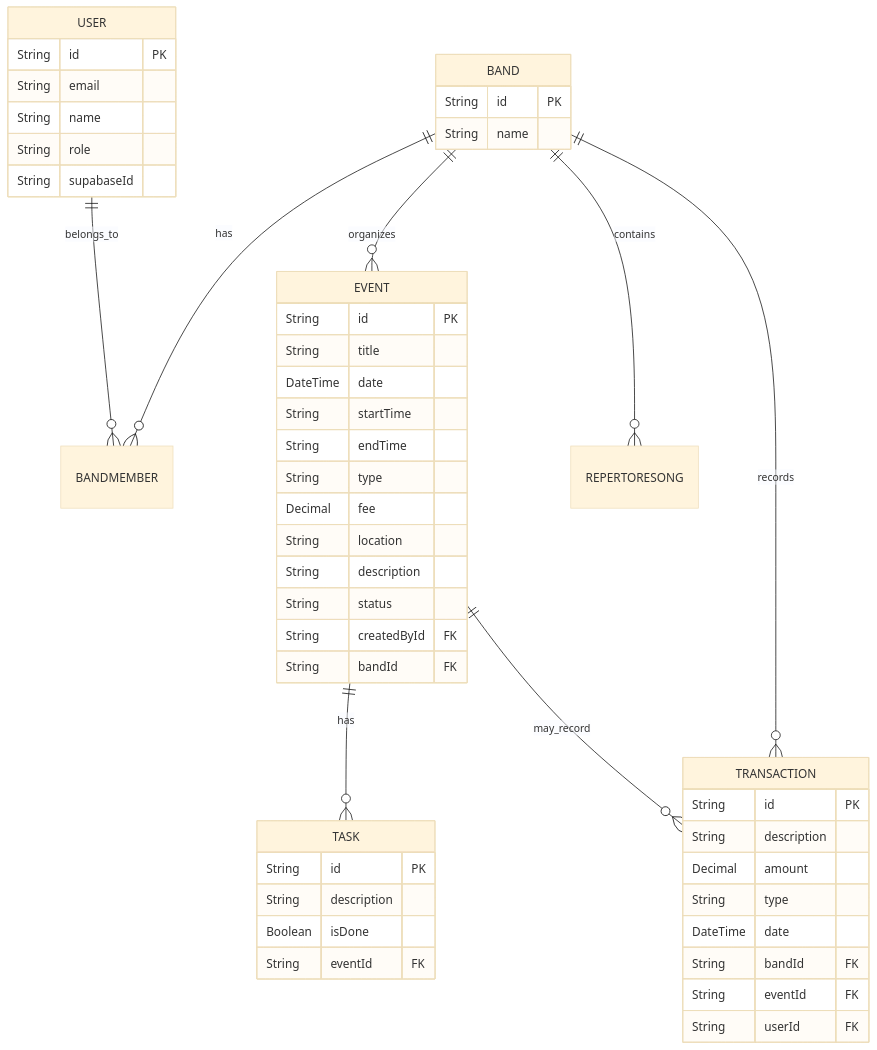
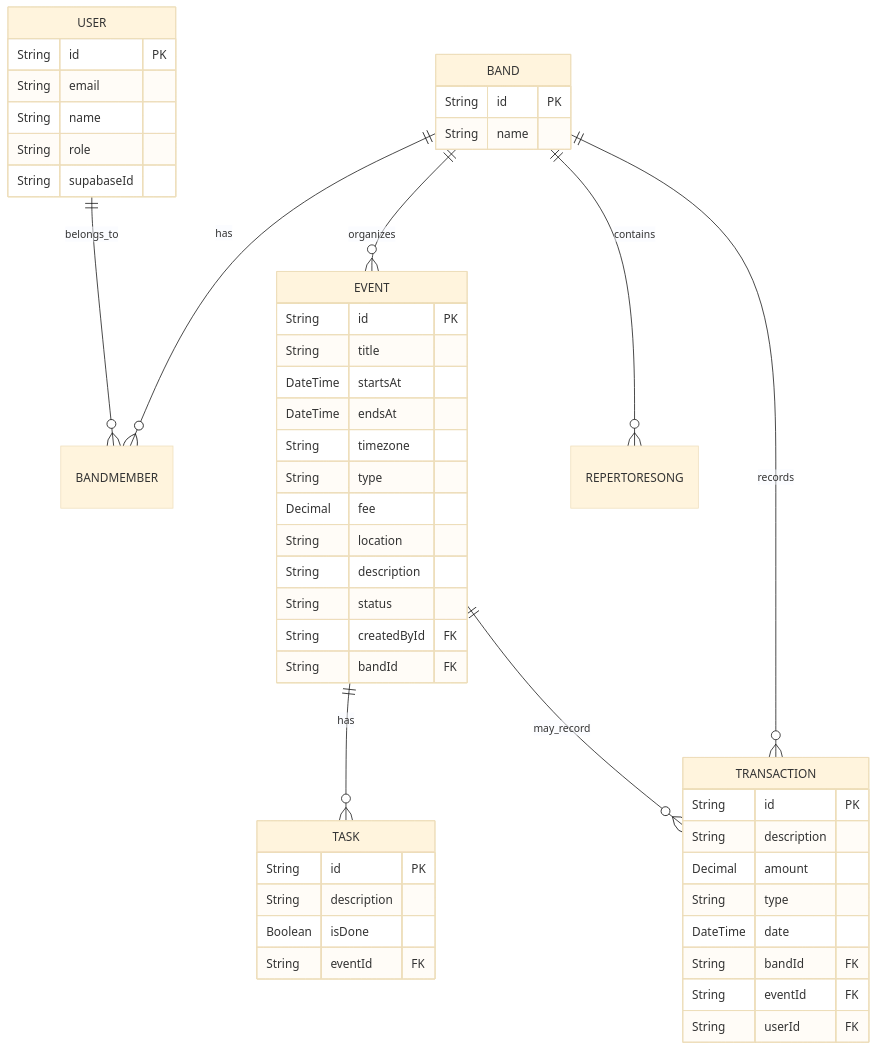
The diagram in docs/database/erd.md (LucasDavid80/my-roadie-platform), drawn with Mermaid (base theme) before and after one commit. The commit also changed other lines of this file and 1 other file, not shown here.

Commit message:
docs(backend): atualizar ERD pós-migration de horários

````diff
--- a/docs/database/erd.md
+++ b/docs/database/erd.md
@@ -56,52 +56,52 @@
 ```mermaid
 erDiagram
   USER ||--o{ BANDMEMBER : belongs_to
   BAND ||--o{ BANDMEMBER : has
   BAND ||--o{ EVENT : organizes
   EVENT ||--o{ TASK : has
   BAND ||--o{ REPERTORESONG : contains
   BAND ||--o{ TRANSACTION : records
   EVENT ||--o{ TRANSACTION : may_record
 
   USER {
     String id PK
     String email
     String name
     String role
     String supabaseId
   }
   BAND {
     String id PK
     String name
   }
   EVENT {
     String id PK
     String title
-    DateTime date
-    String startTime
-    String endTime
+    DateTime startsAt
+    DateTime endsAt
+    String timezone
     String type
     Decimal fee
     String location
     String description
     String status
     String createdById FK
     String bandId FK
   }
   TASK {
     String id PK
     String description
     Boolean isDone
     String eventId FK
   }
   TRANSACTION {
     String id PK
     String description
     Decimal amount
     String type
     DateTime date
     String bandId FK
     String eventId FK
     String userId FK
   }
 ```
````
